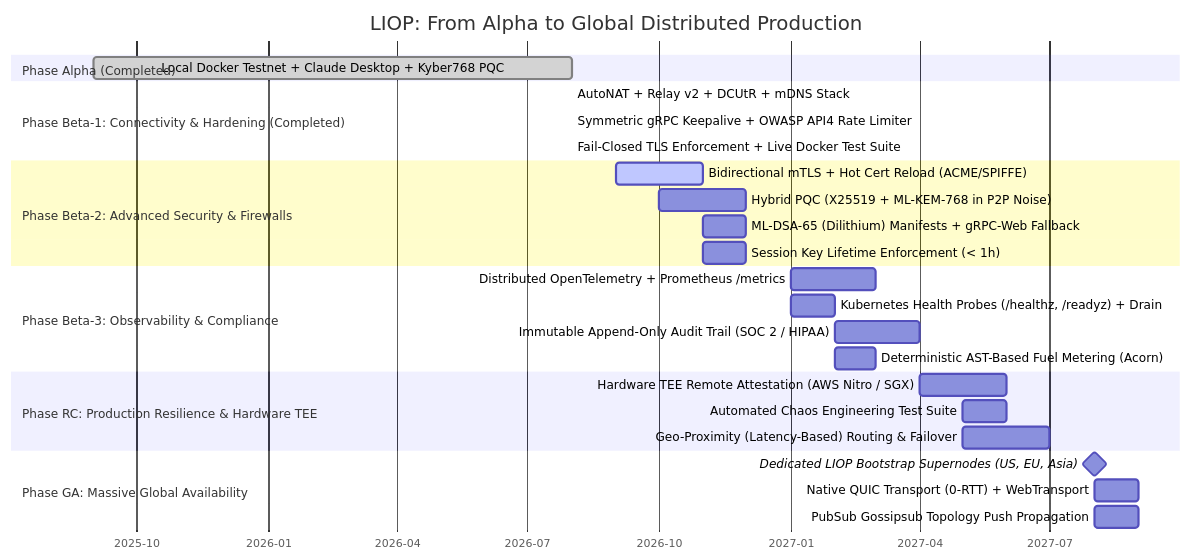
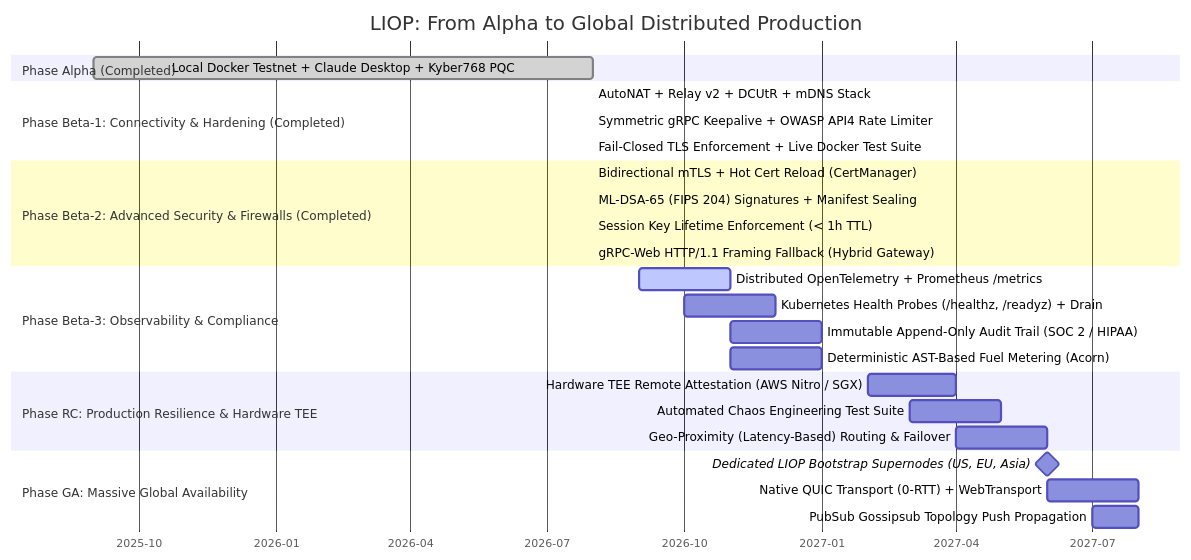
One commit to Nekzus/LIOP changed the diagram in docs/ROADMAP_GLOBAL_MESH.md. Above: the diagram before and after it, drawn with Mermaid. The commit also changed other lines of this file and 16 other files, not shown here.

Commit message:
feat(security): implement Phase Beta-2 advanced security, post-quantum signatures, and firewall resilience

````diff
--- a/docs/ROADMAP_GLOBAL_MESH.md
+++ b/docs/ROADMAP_GLOBAL_MESH.md
@@ -9,36 +9,36 @@
 ```mermaid
 gantt
     title LIOP: From Alpha to Global Distributed Production
     dateFormat YYYY-MM
     axisFormat %Y-%m
     
     section Phase Alpha (Completed)
     Local Docker Testnet + Claude Desktop + Kyber768 PQC :done, 2025-09, 2026-08
     
     section Phase Beta-1: Connectivity & Hardening (Completed)
     AutoNAT + Relay v2 + DCUtR + mDNS Stack              :done, 2026-08, 2026-08
     Symmetric gRPC Keepalive + OWASP API4 Rate Limiter   :done, 2026-08, 2026-08
     Fail-Closed TLS Enforcement + Live Docker Test Suite :done, 2026-08, 2026-08
     
-    section Phase Beta-2: Advanced Security & Firewalls
-    Bidirectional mTLS + Hot Cert Reload (ACME/SPIFFE)   :active, 2026-09, 2026-11
-    Hybrid PQC (X25519 + ML-KEM-768 in P2P Noise)        :2026-10, 2026-12
-    ML-DSA-65 (Dilithium) Manifests + gRPC-Web Fallback  :2026-11, 2026-12
-    Session Key Lifetime Enforcement (< 1h)              :2026-11, 2026-12
+    section Phase Beta-2: Advanced Security & Firewalls (Completed)
+    Bidirectional mTLS + Hot Cert Reload (CertManager)   :done, 2026-08, 2026-08
+    ML-DSA-65 (FIPS 204) Signatures + Manifest Sealing   :done, 2026-08, 2026-08
+    Session Key Lifetime Enforcement (< 1h TTL)          :done, 2026-08, 2026-08
+    gRPC-Web HTTP/1.1 Framing Fallback (Hybrid Gateway)  :done, 2026-08, 2026-08
     
     section Phase Beta-3: Observability & Compliance
-    Distributed OpenTelemetry + Prometheus /metrics      :2027-01, 2027-03
-    Kubernetes Health Probes (/healthz, /readyz) + Drain :2027-01, 2027-02
-    Immutable Append-Only Audit Trail (SOC 2 / HIPAA)    :2027-02, 2027-04
-    Deterministic AST-Based Fuel Metering (Acorn)        :2027-02, 2027-03
+    Distributed OpenTelemetry + Prometheus /metrics      :active, 2026-09, 2026-11
+    Kubernetes Health Probes (/healthz, /readyz) + Drain :2026-10, 2026-12
+    Immutable Append-Only Audit Trail (SOC 2 / HIPAA)    :2026-11, 2027-01
+    Deterministic AST-Based Fuel Metering (Acorn)        :2026-11, 2027-01
     
     section Phase RC: Production Resilience & Hardware TEE
-    Hardware TEE Remote Attestation (AWS Nitro / SGX)    :2027-04, 2027-06
-    Automated Chaos Engineering Test Suite               :2027-05, 2027-06
-    Geo-Proximity (Latency-Based) Routing & Failover     :2027-05, 2027-07
+    Hardware TEE Remote Attestation (AWS Nitro / SGX)    :2027-02, 2027-04
+    Automated Chaos Engineering Test Suite               :2027-03, 2027-05
+    Geo-Proximity (Latency-Based) Routing & Failover     :2027-04, 2027-06
     
     section Phase GA: Massive Global Availability
-    Dedicated LIOP Bootstrap Supernodes (US, EU, Asia)   :milestone, 2027-08, 0d
-    Native QUIC Transport (0-RTT) + WebTransport         :2027-08, 2027-09
-    PubSub Gossipsub Topology Push Propagation           :2027-08, 2027-09
+    Dedicated LIOP Bootstrap Supernodes (US, EU, Asia)   :milestone, 2027-06, 0d
+    Native QUIC Transport (0-RTT) + WebTransport         :2027-06, 2027-08
+    PubSub Gossipsub Topology Push Propagation           :2027-07, 2027-08
 ```
````
